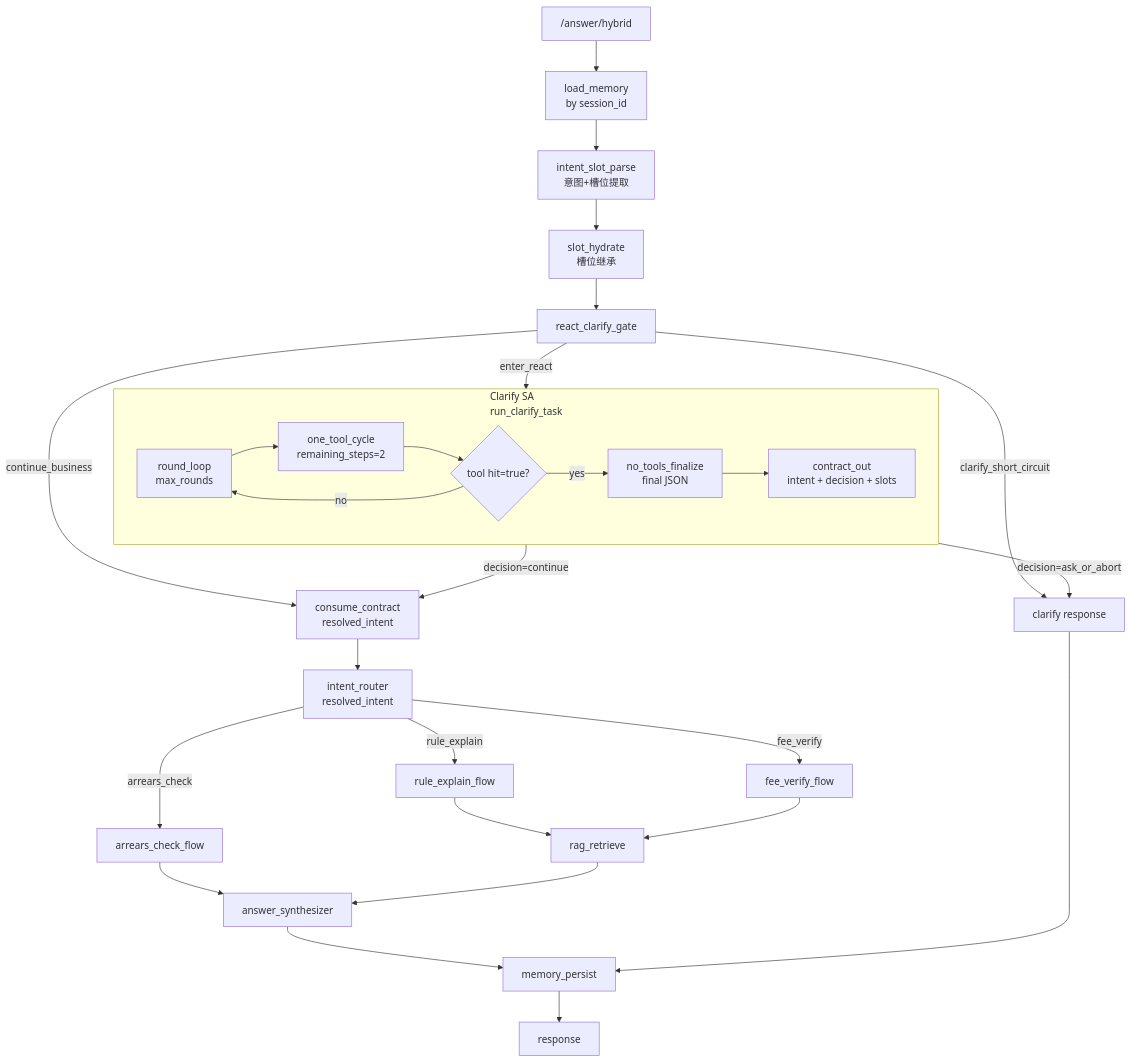
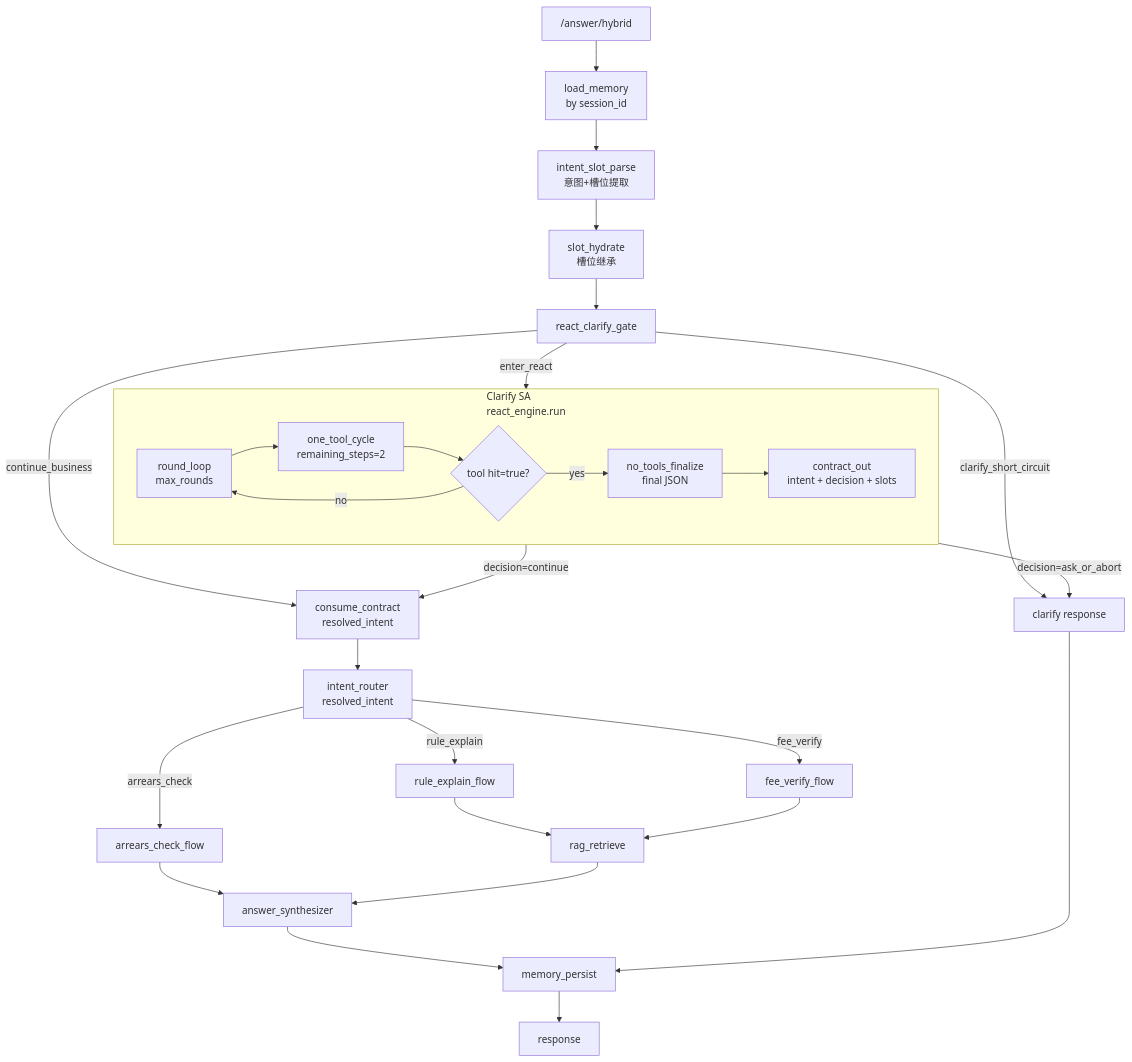
The diagram in README.md (newgpp/agent-parksuit), drawn with Mermaid before and after one commit. The commit also changed other lines of this file and 4 other files, not shown here.

Commit message:
refactor: rename clarify agent layer to react engine

````diff
--- a/README.md
+++ b/README.md
@@ -14,36 +14,36 @@
 ```mermaid
 flowchart TD
     A["/answer/hybrid"] --> M["load_memory<br/>by session_id"]
     M --> P1["intent_slot_parse<br/>意图+槽位提取"]
     P1 --> P2["slot_hydrate<br/>槽位继承"]
     P2 --> GATE["react_clarify_gate"]
 
-    subgraph SA["Clarify SA<br/>run_clarify_task"]
+    subgraph SA["Clarify SA<br/>react_engine.run"]
       R1["round_loop<br/>max_rounds"]
       R11["one_tool_cycle<br/>remaining_steps=2"]
       R12{"tool hit=true?"}
       R13["no_tools_finalize<br/>final JSON"]
       R2["contract_out<br/>intent + decision + slots"]
       R1 --> R11 --> R12
       R12 -->|yes| R13 --> R2
       R12 -->|no| R1
     end
 
     GATE -->|clarify_short_circuit| X["clarify response"]
     GATE -->|enter_react| SA
     SA -->|decision=ask_or_abort| X
     SA -->|decision=continue| COUT["consume_contract<br/>resolved_intent"]
     GATE -->|continue_business| COUT
     COUT --> B["intent_router<br/>resolved_intent"]
     B -->|rule_explain| C["rule_explain_flow"]
     B -->|arrears_check| D["arrears_check_flow"]
     B -->|fee_verify| E["fee_verify_flow"]
 
     C --> F["rag_retrieve"]
     E --> F
     D --> SYN["answer_synthesizer"]
     F --> SYN
     SYN --> MP["memory_persist"]
     X --> MP
     MP --> H["response"]
 ```
````
